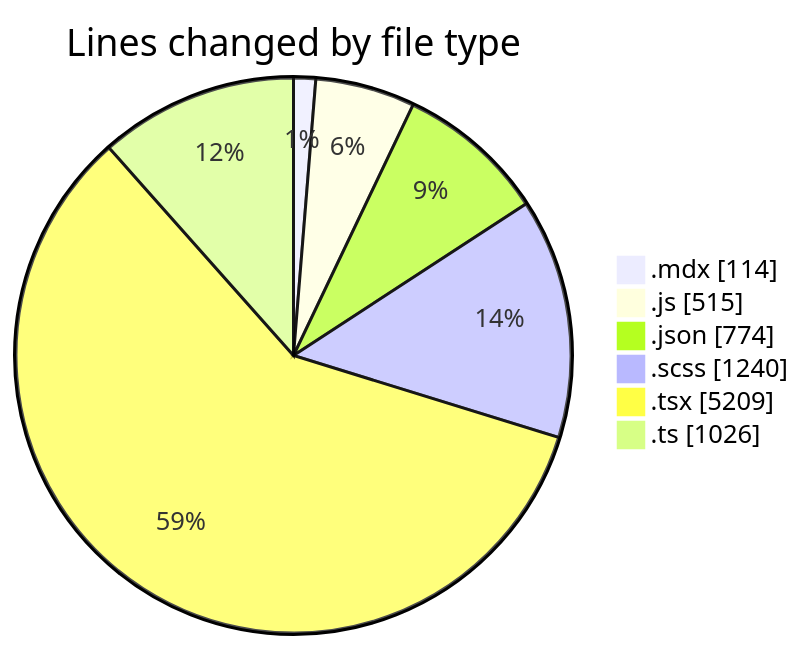
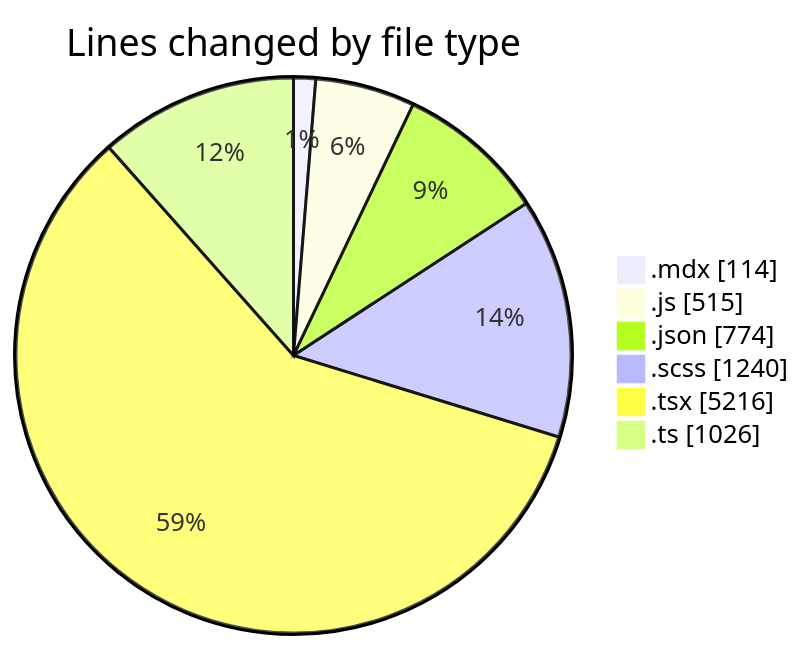
The first of 2 diagrams in 2026-08-13/cda/README.md (momahboobian/code-tracking), drawn with Mermaid before and after one commit. The commit also changed other lines of this file and 1 other file, not shown here.

````diff
--- a/2026-08-13/cda/README.md
+++ b/2026-08-13/cda/README.md
@@ -46,10 +46,10 @@
 ```mermaid
 pie showData
 title Lines changed by file type
 ".mdx" : 114
 ".js" : 515
 ".json" : 774
 ".scss" : 1240
-".tsx" : 5209
+".tsx" : 5216
 ".ts" : 1026
 ```
````
